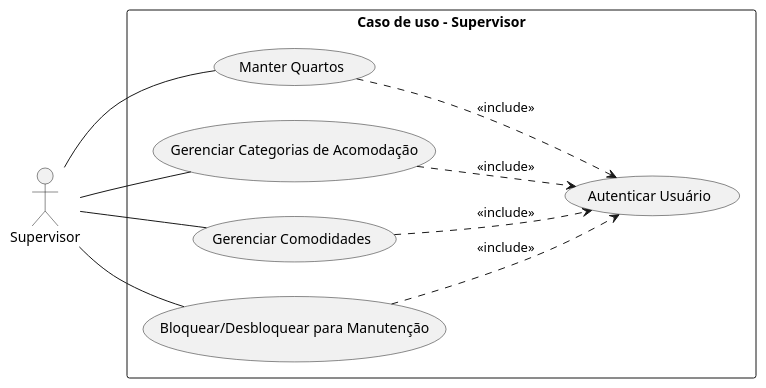
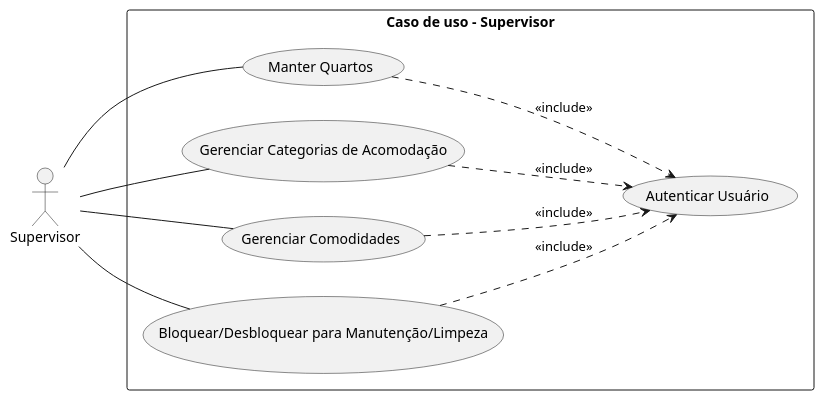
One commit to gusjjpv/serro-hotelaria changed the diagram in diagramas/UC3_supervisor.iuml. Above: the diagram before and after it, drawn with PlantUML. The commit also changed 1 other file, not shown here.

```diff
--- a/diagramas/UC3_supervisor.iuml
+++ b/diagramas/UC3_supervisor.iuml
@@ -1,28 +1,28 @@
 @startuml
 left to right direction
 
 actor "Supervisor" as supervisor
 
 
 rectangle "Caso de uso - Supervisor" {
     usecase "Autenticar Usuário" as auth
 
     usecase "Manter Quartos" as uc13
     usecase "Gerenciar Categorias de Acomodação" as uc14
     usecase "Gerenciar Comodidades" as uc15
-    usecase "Bloquear/Desbloquear para Manutenção" as uc16
+    usecase "Bloquear/Desbloquear para Manutenção/Limpeza" as uc16
 
 
     supervisor -- uc13
     supervisor -- uc14
     supervisor -- uc15
     supervisor -- uc16
 
 
     uc13 ..> auth : <<include>>
     uc14 ..> auth : <<include>>
     uc15 ..> auth : <<include>>
     uc16 ..> auth : <<include>>
 
 }
 @enduml
```
